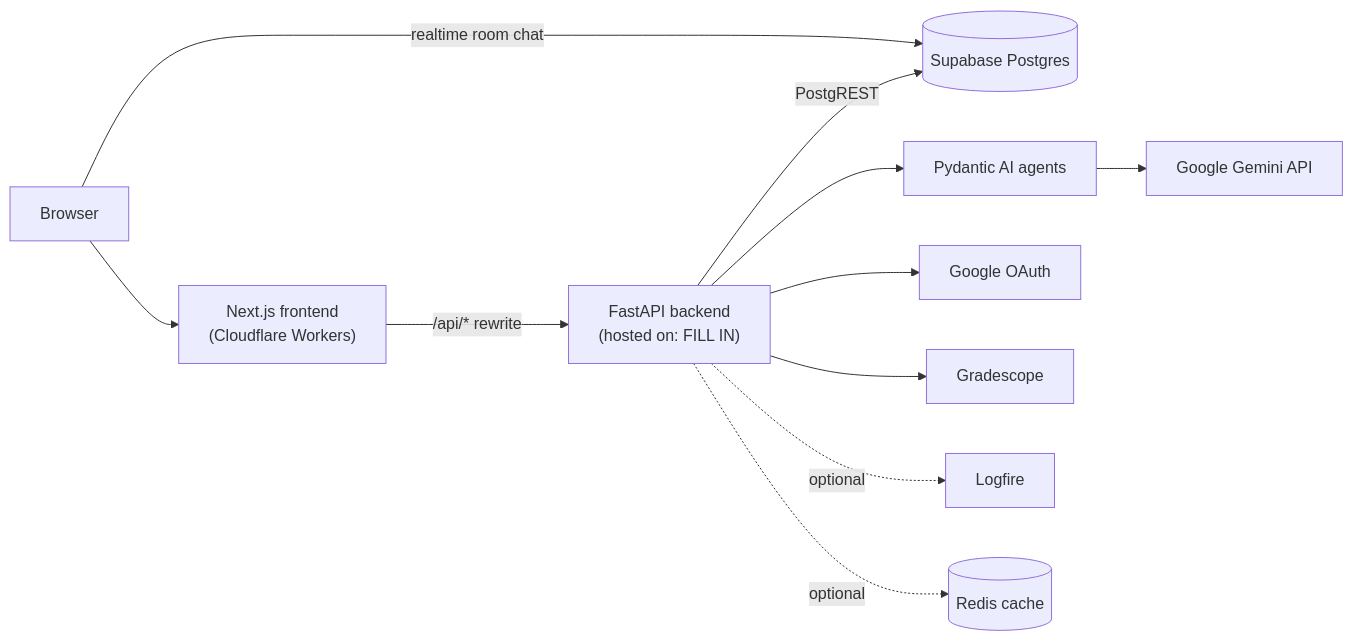
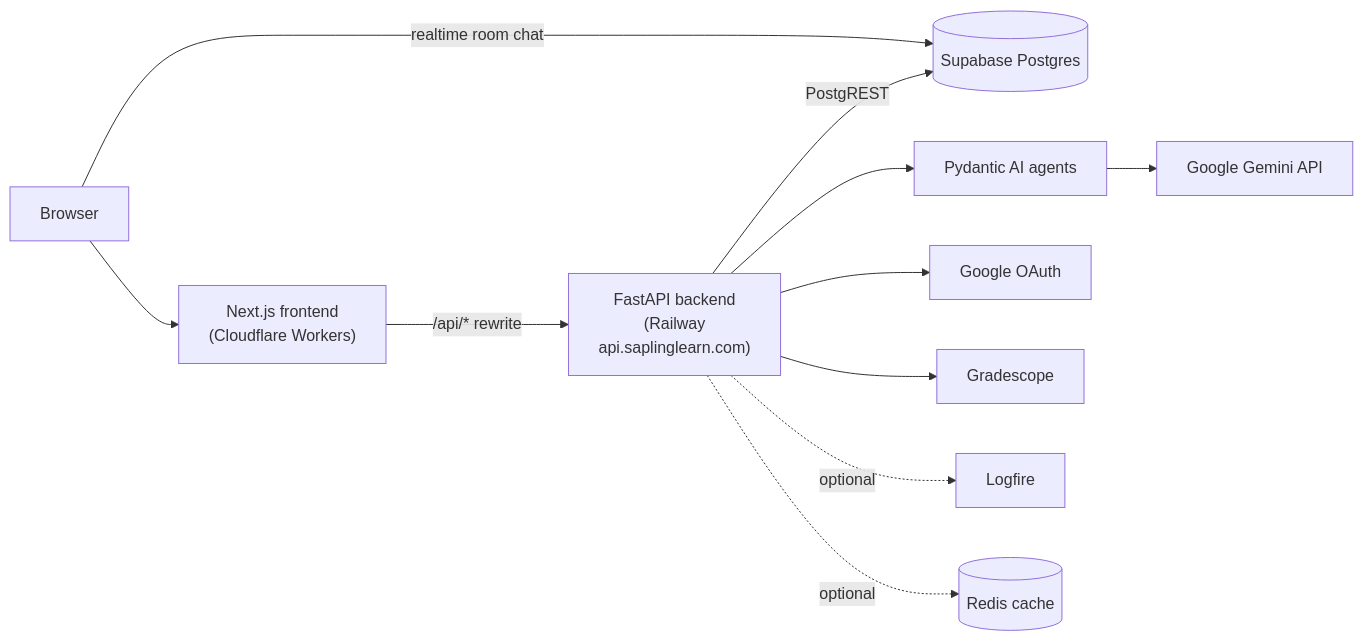
Before and after one commit to SaplingLearn/Sapling: the diagram in README.md, drawn with Mermaid. The commit also changed other lines of this file, not shown here.

````diff
--- a/README.md
+++ b/README.md
@@ -64,13 +65,13 @@
 ```mermaid
 flowchart LR
     U[Browser] --> FE["Next.js frontend<br/>(Cloudflare Workers)"]
-    FE -->|"/api/* rewrite"| BE["FastAPI backend<br/>(hosted on: FILL IN)"]
+    FE -->|"/api/* rewrite"| BE["FastAPI backend<br/>(Railway<br/>api.saplinglearn.com)"]
     U -->|"realtime room chat"| SB
     BE -->|PostgREST| SB[("Supabase Postgres")]
     BE --> AG["Pydantic AI agents"]
     AG --> GE["Google Gemini API"]
     BE --> GO["Google OAuth"]
     BE --> GS["Gradescope"]
     BE -.optional.-> LF["Logfire"]
     BE -.optional.-> RD[("Redis cache")]
 ```
````
